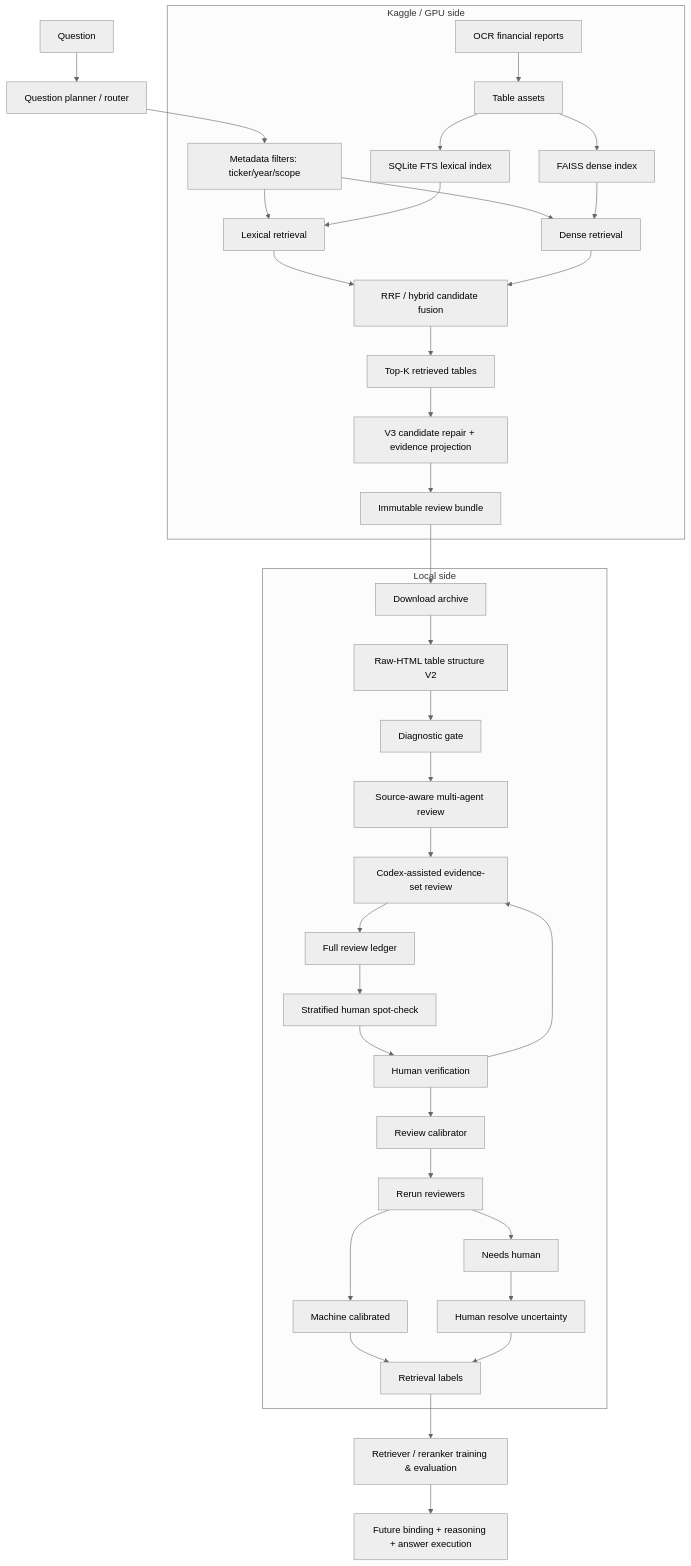
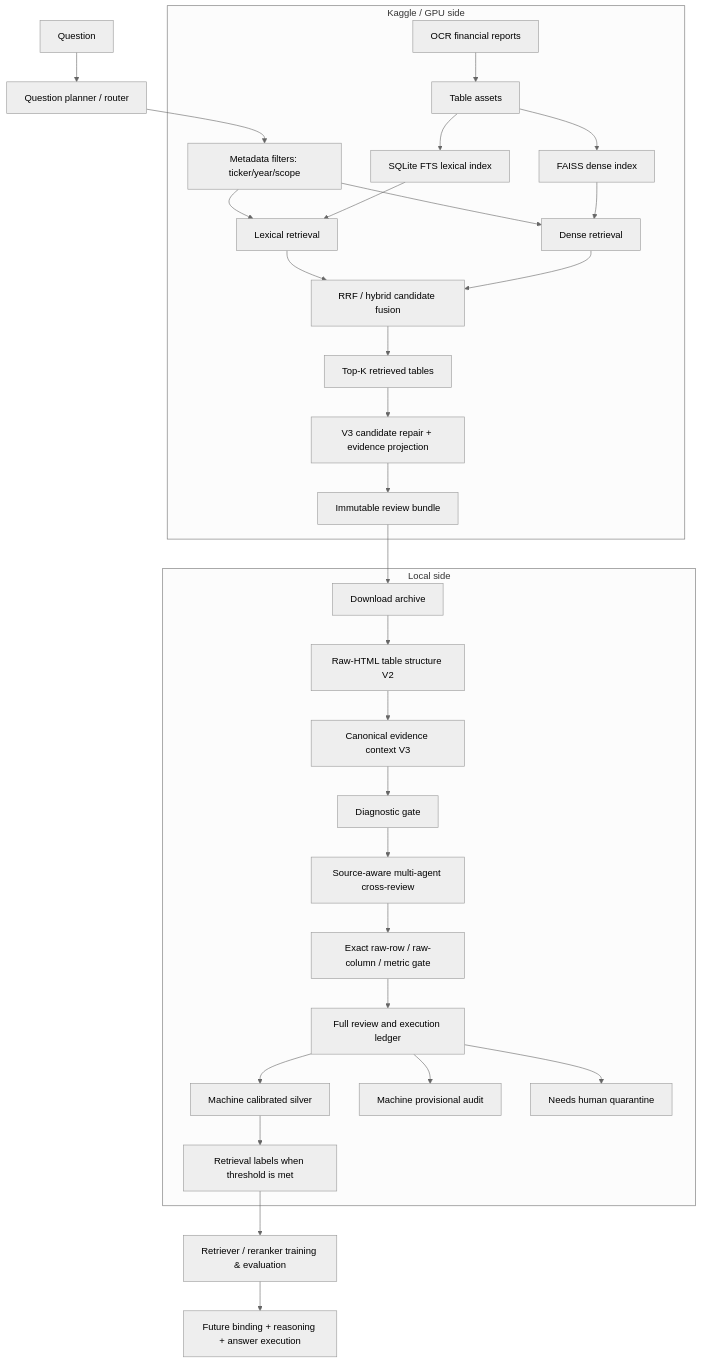
The diagram in ARCHITECTURE.md (Dle28/nlp-finance-query-), drawn with Mermaid (neutral theme) before and after one commit. The commit also changed other lines of this file and 17 other files, not shown here.

Commit message:
Add conservative V3 raw header evidence context

````diff
--- a/ARCHITECTURE.md
+++ b/ARCHITECTURE.md
@@ -34,47 +34,42 @@
 ```mermaid
 flowchart TD
 
     Q[Question] --> PLAN[Question planner / router]
     PLAN --> FILTER[Metadata filters: ticker/year/scope]
 
     subgraph KAGGLE["Kaggle / GPU side"]
         RAW[OCR financial reports] --> ASSET[Table assets]
         ASSET --> LEX[SQLite FTS lexical index]
         ASSET --> DEN[FAISS dense index]
 
         FILTER --> LR[Lexical retrieval]
         FILTER --> DR[Dense retrieval]
         LEX --> LR
         DEN --> DR
 
         LR --> RRF[RRF / hybrid candidate fusion]
         DR --> RRF
         RRF --> TOPK[Top-K retrieved tables]
 
         TOPK --> V3[V3 candidate repair + evidence projection]
         V3 --> BUNDLE[Immutable review bundle]
     end
 
     BUNDLE --> DOWNLOAD[Download archive]
 
     subgraph LOCAL["Local side"]
         DOWNLOAD --> STRUCTURE[Raw-HTML table structure V2]
-        STRUCTURE --> DIAG[Diagnostic gate]
-        DIAG --> AGENTS[Source-aware multi-agent review]
-        AGENTS --> CODEX[Codex-assisted evidence-set review]
-        CODEX --> LEDGER[Full review ledger]
-        LEDGER --> CHECK[Stratified human spot-check]
-        CHECK --> HUMAN[Human verification]
-        HUMAN --> CODEX
-        HUMAN --> CAL[Review calibrator]
-        CAL --> RERUN[Rerun reviewers]
-        RERUN --> AUTO[Machine calibrated]
-        RERUN --> NEED[Needs human]
-        NEED --> HUMAN2[Human resolve uncertainty]
-        AUTO --> LABELS[Retrieval labels]
-        HUMAN2 --> LABELS
+        STRUCTURE --> CONTEXT[Canonical evidence context V3]
+        CONTEXT --> DIAG[Diagnostic gate]
+        DIAG --> AGENTS[Source-aware multi-agent cross-review]
+        AGENTS --> IDENTITY[Exact raw-row / raw-column / metric gate]
+        IDENTITY --> LEDGER[Full review and execution ledger]
+        LEDGER --> AUTO[Machine calibrated silver]
+        LEDGER --> PROV[Machine provisional audit]
+        LEDGER --> NEED[Needs human quarantine]
+        AUTO --> LABELS[Retrieval labels when threshold is met]
     end
 
     LABELS --> TRAIN[Retriever / reranker training & evaluation]
     TRAIN --> FUTURE[Future binding + reasoning + answer execution]
 ```
````
